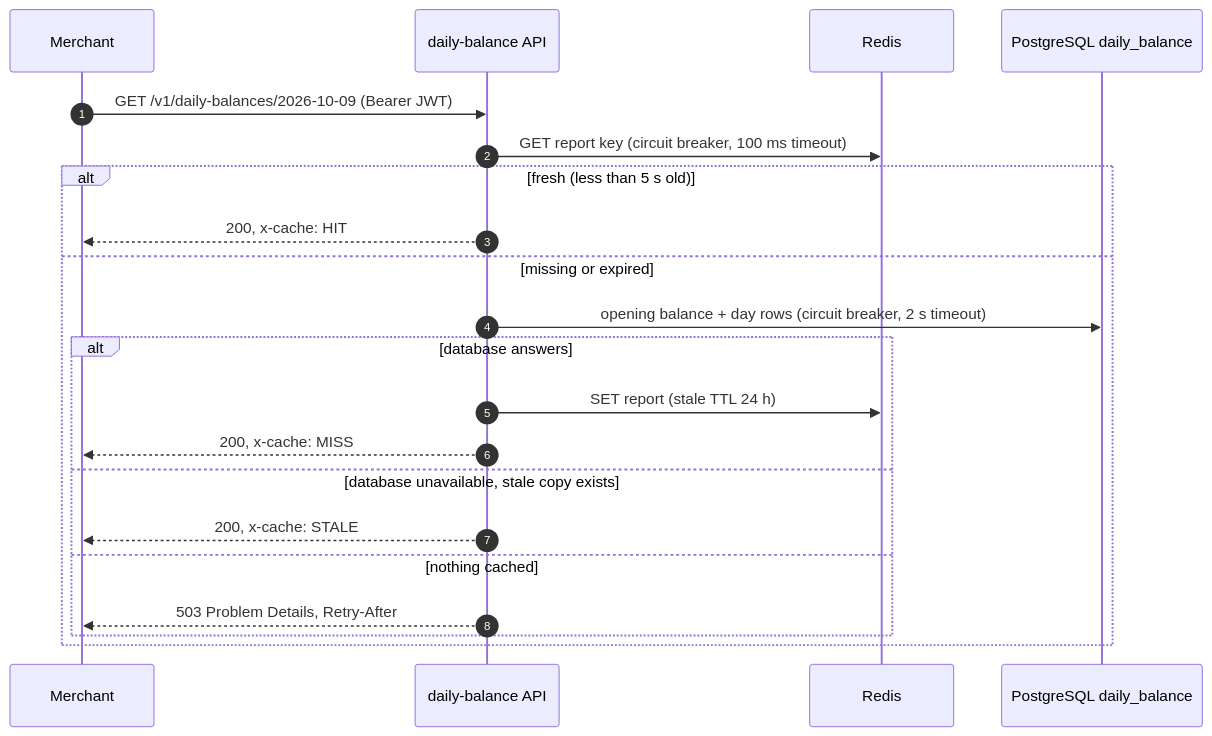
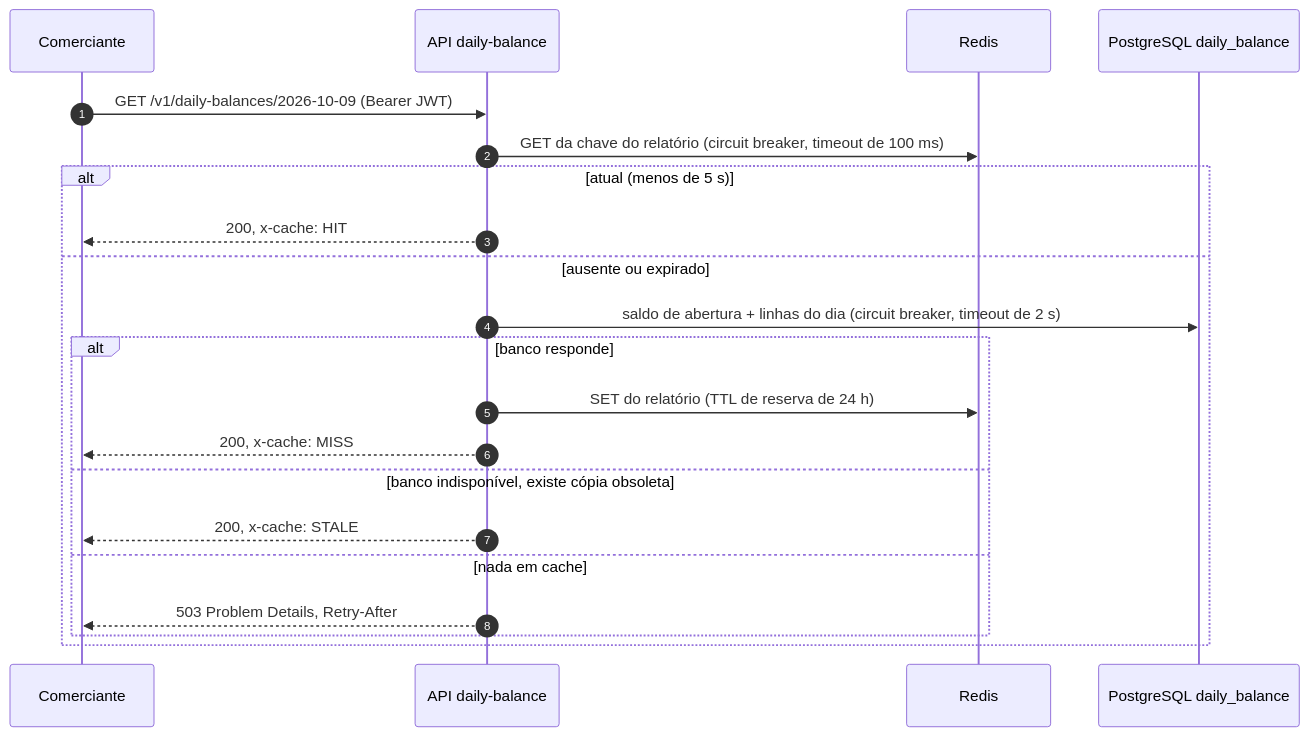
Before and after one commit to joaorizzont/cash-flow-test: the seventh of 8 diagrams in docs/03-target-architecture.md, drawn with Mermaid. The commit also changed other lines of this file and 23 other files, not shown here.

First line of the commit message:
docs: translate architecture documentation to portuguese

````diff
--- a/docs/03-target-architecture.md
+++ b/docs/03-target-architecture.md
@@ -240,23 +240,23 @@
 ```mermaid
 sequenceDiagram
   autonumber
-  participant M as Merchant
-  participant A as daily-balance API
+  participant M as Comerciante
+  participant A as API daily-balance
   participant R as Redis
   participant DB as PostgreSQL daily_balance
   M->>A: GET /v1/daily-balances/2026-10-09 (Bearer JWT)
-  A->>R: GET report key (circuit breaker, 100 ms timeout)
-  alt fresh (less than 5 s old)
+  A->>R: GET da chave do relatório (circuit breaker, timeout de 100 ms)
+  alt atual (menos de 5 s)
     A-->>M: 200, x-cache: HIT
-  else missing or expired
-    A->>DB: opening balance + day rows (circuit breaker, 2 s timeout)
-    alt database answers
-      A->>R: SET report (stale TTL 24 h)
+  else ausente ou expirado
+    A->>DB: saldo de abertura + linhas do dia (circuit breaker, timeout de 2 s)
+    alt banco responde
+      A->>R: SET do relatório (TTL de reserva de 24 h)
       A-->>M: 200, x-cache: MISS
-    else database unavailable, stale copy exists
+    else banco indisponível, existe cópia obsoleta
       A-->>M: 200, x-cache: STALE
-    else nothing cached
+    else nada em cache
       A-->>M: 503 Problem Details, Retry-After
     end
   end
 ```
````
